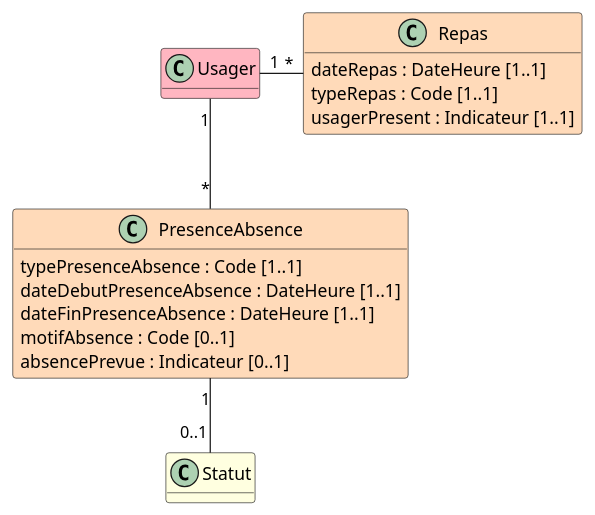
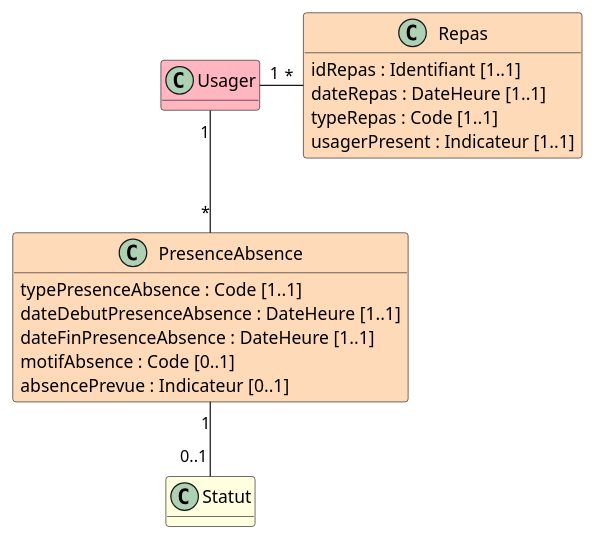
The diagram in input/images-source/bloc_PresenceAbsence_repas.plantuml (ansforge/IG-fhir-medicosocial-transfert-donnees-dui), drawn with PlantUML before and after one commit. The commit also changed 1 other file, not shown here.

Commit message:
lot 3 repas

```diff
--- a/input/images-source/bloc_PresenceAbsence_repas.plantuml
+++ b/input/images-source/bloc_PresenceAbsence_repas.plantuml
@@ -1,26 +1,27 @@
 @startuml
 
 hide empty methods
 
 class Usager #LightPink
 
 class Statut #LightYellow
 
 class PresenceAbsence #PeachPuff {
     typePresenceAbsence : Code [1..1]
     dateDebutPresenceAbsence : DateHeure [1..1]
     dateFinPresenceAbsence : DateHeure [1..1]
     motifAbsence : Code [0..1]
     absencePrevue : Indicateur [0..1]
 }
 
 class Repas #PeachPuff {
+    idRepas : Identifiant [1..1]
     dateRepas : DateHeure [1..1]
     typeRepas : Code [1..1]
     usagerPresent : Indicateur [1..1]
     }
 
 Usager "1" -- "*" PresenceAbsence
 Usager "1" - "*" Repas
 PresenceAbsence "1" -- "0..1" Statut
 @enduml
```
